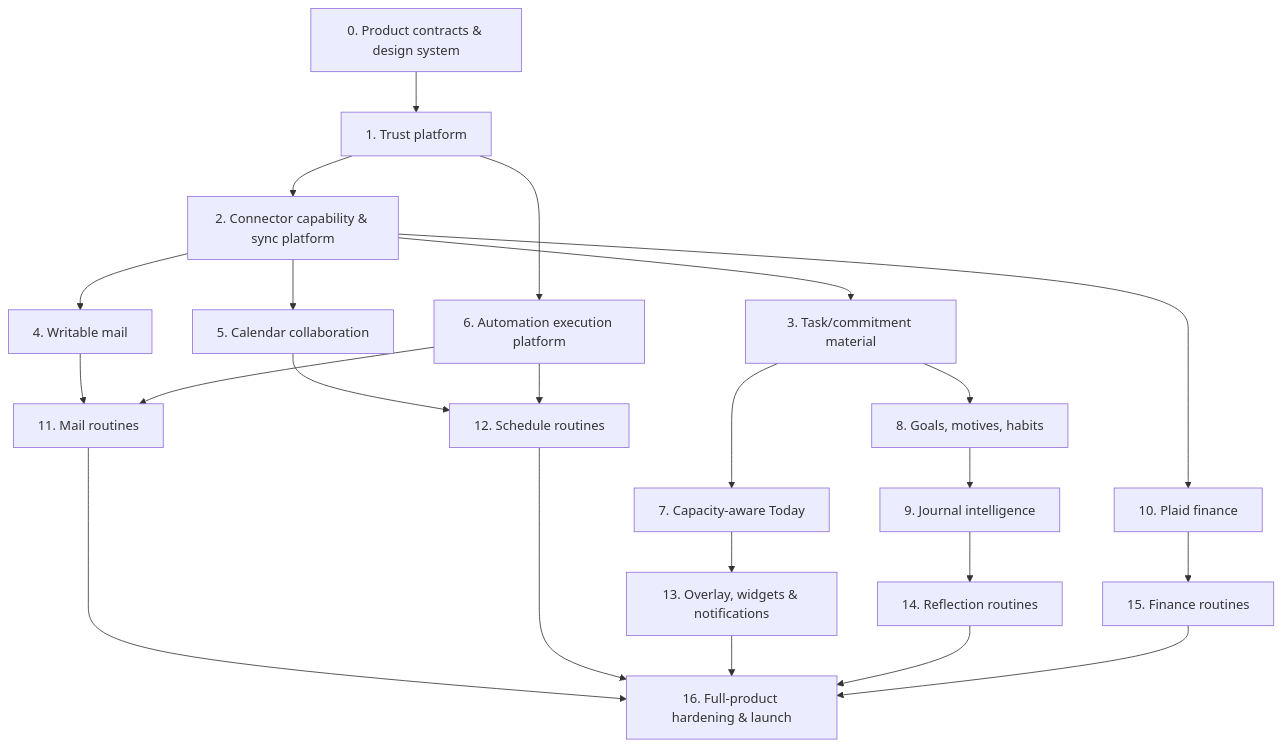
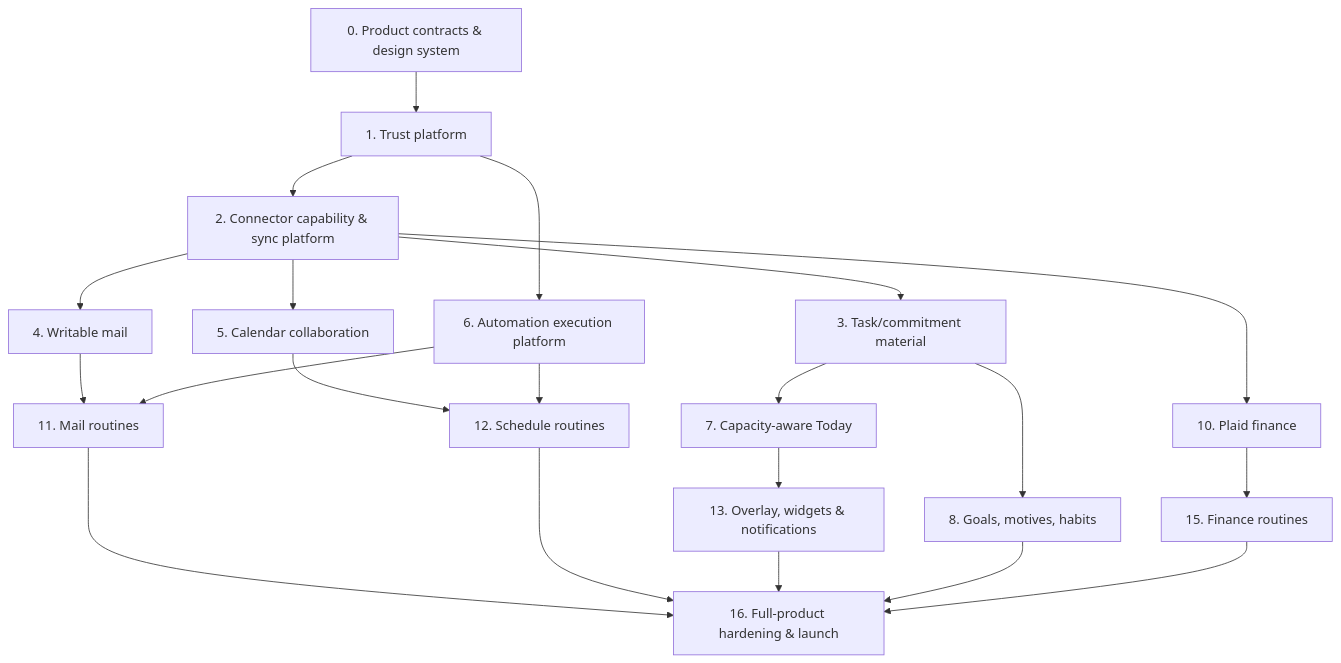
The diagram in docs/product/master-plan.md (coopersully/personal-os), drawn with Mermaid before and after one commit. The commit also changed other lines of this file and 58 other files, not shown here.

````diff
--- a/docs/product/master-plan.md
+++ b/docs/product/master-plan.md
@@ -31,25 +31,23 @@
 ```mermaid
 flowchart TD
   A[0. Product contracts & design system] --> B[1. Trust platform]
   B --> C[2. Connector capability & sync platform]
   C --> D[3. Task/commitment material]
   C --> E[4. Writable mail]
   C --> F[5. Calendar collaboration]
   B --> G[6. Automation execution platform]
   D --> H[7. Capacity-aware Today]
   D --> I[8. Goals, motives, habits]
-  I --> J[9. Journal intelligence]
   C --> K[10. Plaid finance]
   E --> L[11. Mail routines]
   F --> M[12. Schedule routines]
   G --> L
   G --> M
   H --> N[13. Overlay, widgets & notifications]
-  J --> O[14. Reflection routines]
   K --> P[15. Finance routines]
   L --> Q[16. Full-product hardening & launch]
   M --> Q
   N --> Q
-  O --> Q
+  I --> Q
   P --> Q
 ```
````
